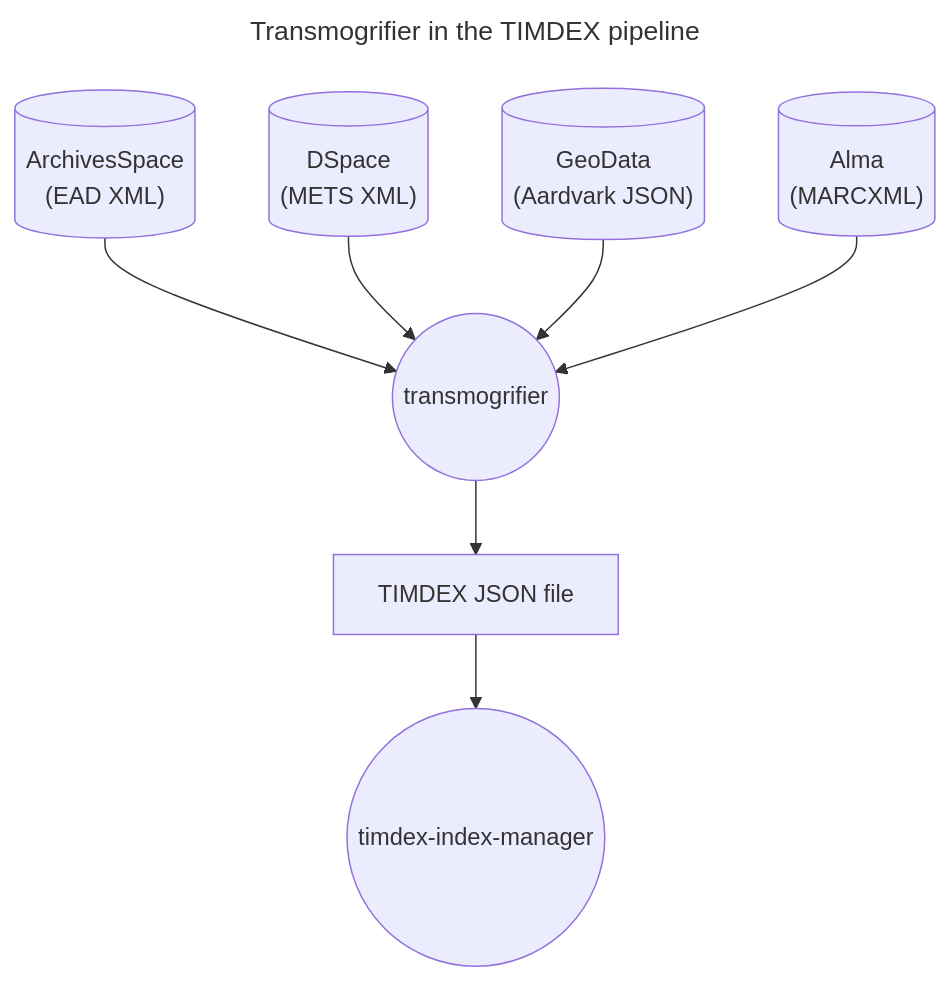
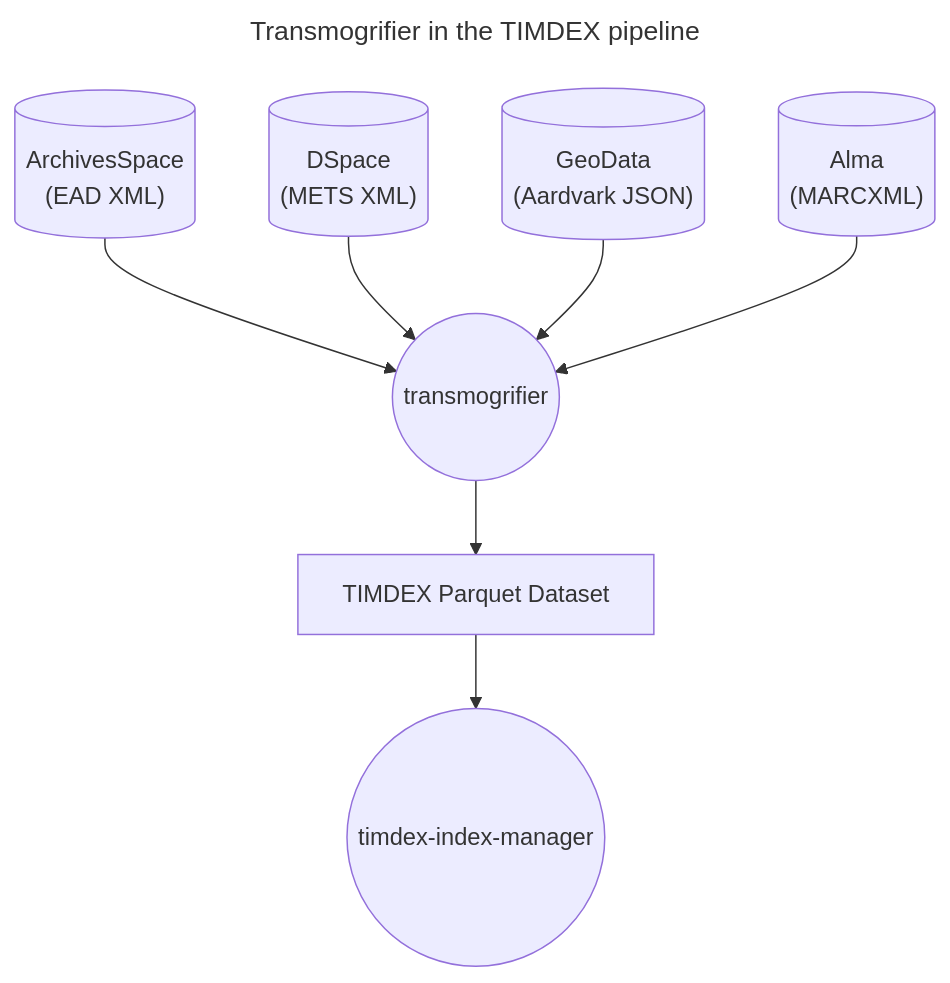
One commit to MITLibraries/transmogrifier changed the diagram in README.md. Above: the diagram before and after it, drawn with Mermaid. The commit also changed other lines of this file and 9 other files, not shown here.

First line of the commit message:
Write output to parquet dataset

````diff
--- a/README.md
+++ b/README.md
@@ -7,19 +7,19 @@
 ```mermaid
 ---
 title: Transmogrifier in the TIMDEX pipeline
 ---
 flowchart TD
     ArchivesSpace
     DSpace
     GeoData
     MARC
     transmogrifier((transmogrifier))
-    JSON
+    timdex-dataset
     timdex-index-manager
     ArchivesSpace[("ArchivesSpace<br>(EAD XML)")] --> transmogrifier
     DSpace[("DSpace<br>(METS XML)")] --> transmogrifier
     GeoData[("GeoData<br>(Aardvark JSON)")] --> transmogrifier
     MARC[("Alma<br>(MARCXML)")] --> transmogrifier
-    transmogrifier --> JSON["TIMDEX JSON"]
-    JSON[TIMDEX JSON file] --> timdex-index-manager((timdex-index-manager))
+    transmogrifier --> timdex-dataset["TIMDEX Parquet Dataset"]
+    timdex-dataset["TIMDEX Parquet Dataset"] --> timdex-index-manager((timdex-index-manager))
 ```
````
